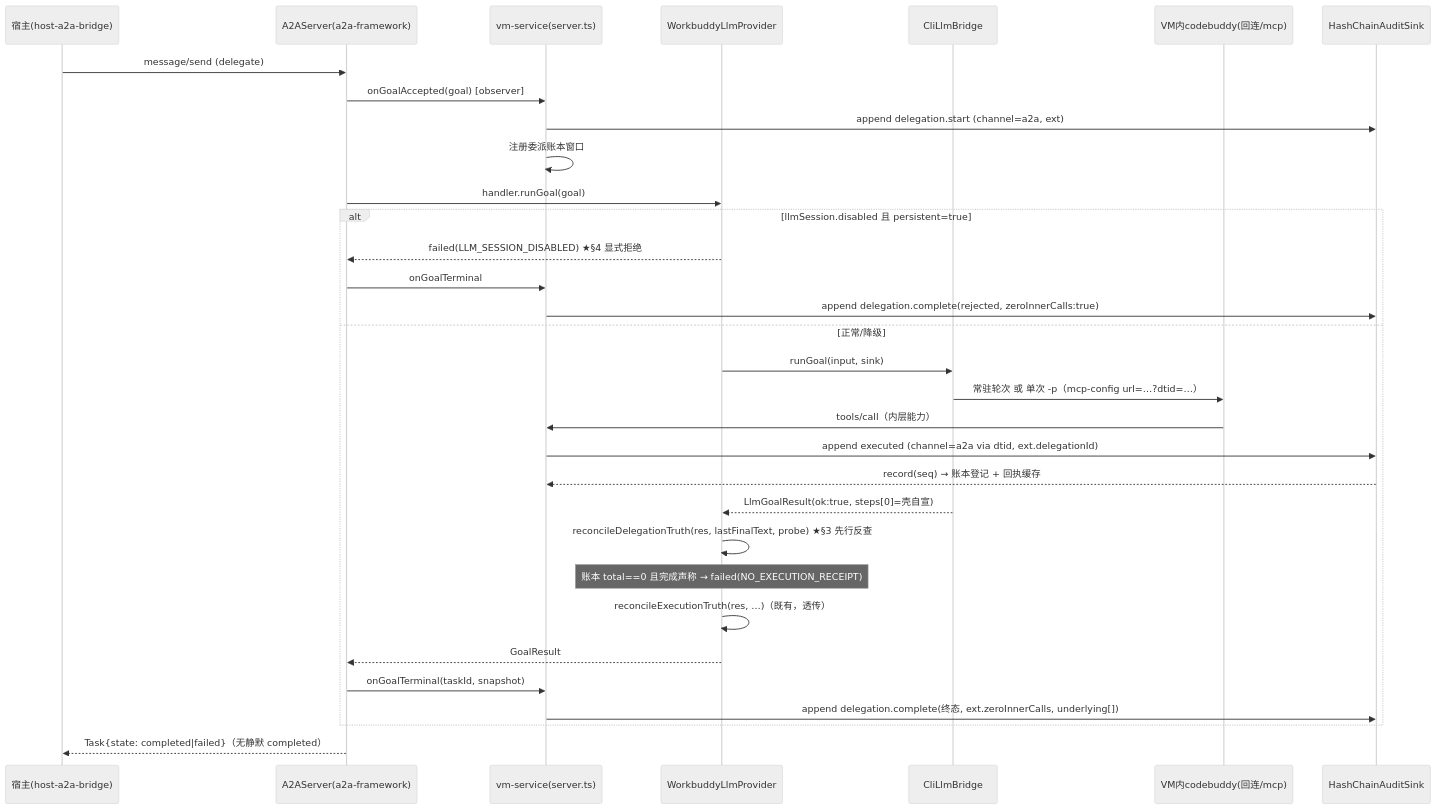
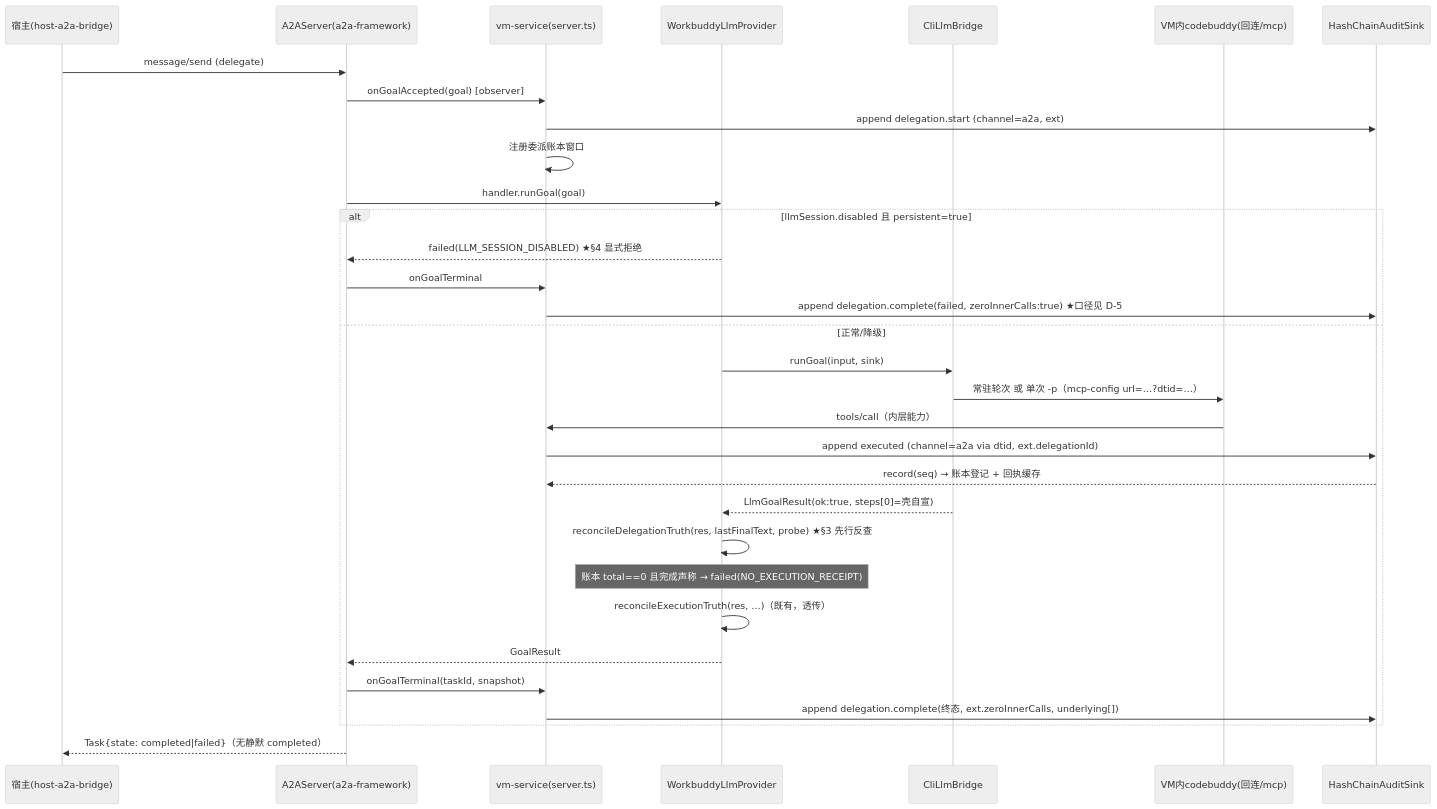
One commit to athronix/workbuddy-virtual-win-plugin changed the second of 3 diagrams in docs/design/kn1-delegation-audit-contract.md. Above: the diagram before and after it, drawn with Mermaid (neutral theme). The commit also changed other lines of this file, not shown here.

````diff
--- a/docs/design/kn1-delegation-audit-contract.md
+++ b/docs/design/kn1-delegation-audit-contract.md
@@ -336,35 +342,35 @@
 ```mermaid
 sequenceDiagram
     participant H as 宿主(host-a2a-bridge)
     participant A as A2AServer(a2a-framework)
     participant S as vm-service(server.ts)
     participant P as WorkbuddyLlmProvider
     participant B as CliLlmBridge
     participant C as VM内codebuddy(回连/mcp)
     participant K as HashChainAuditSink
 
     H->>A: message/send (delegate)
     A->>S: onGoalAccepted(goal)  [observer]
     S->>K: append delegation.start (channel=a2a, ext)
     S->>S: 注册委派账本窗口
     A->>P: handler.runGoal(goal)
     alt llmSession.disabled 且 persistent=true
         P-->>A: failed(LLM_SESSION_DISABLED)  ★§4 显式拒绝
         A->>S: onGoalTerminal
-        S->>K: append delegation.complete(rejected, zeroInnerCalls:true)
+        S->>K: append delegation.complete(failed, zeroInnerCalls:true)  ★口径见 D-5
     else 正常/降级
         P->>B: runGoal(input, sink)
         B->>C: 常驻轮次 或 单次 -p（mcp-config url=…?dtid=…）
         C->>S: tools/call（内层能力）
         S->>K: append executed (channel=a2a via dtid, ext.delegationId)
         K-->>S: record(seq) → 账本登记 + 回执缓存
         B-->>P: LlmGoalResult(ok:true, steps[0]=壳自宣)
         P->>P: reconcileDelegationTruth(res, lastFinalText, probe)  ★§3 先行反查
         Note over P: 账本 total==0 且完成声称 → failed(NO_EXECUTION_RECEIPT)
         P->>P: reconcileExecutionTruth(res, …)（既有，透传）
         P-->>A: GoalResult
         A->>S: onGoalTerminal(taskId, snapshot)
         S->>K: append delegation.complete(终态, ext.zeroInnerCalls, underlying[])
     end
     A-->>H: Task{state: completed|failed}（无静默 completed）
 ```
````
